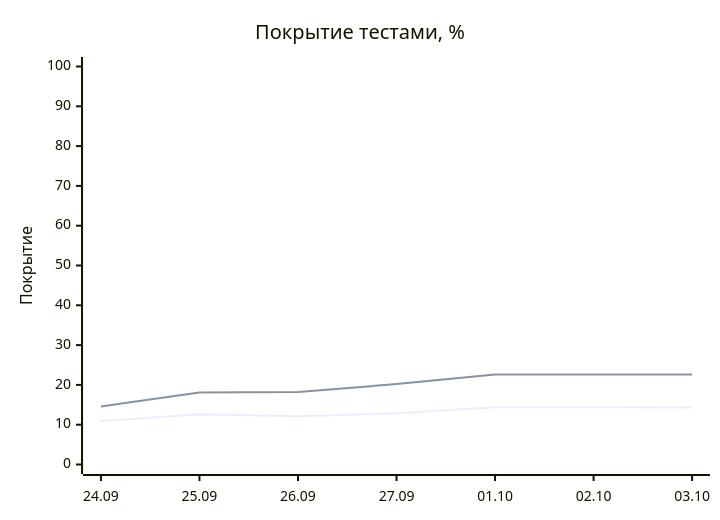
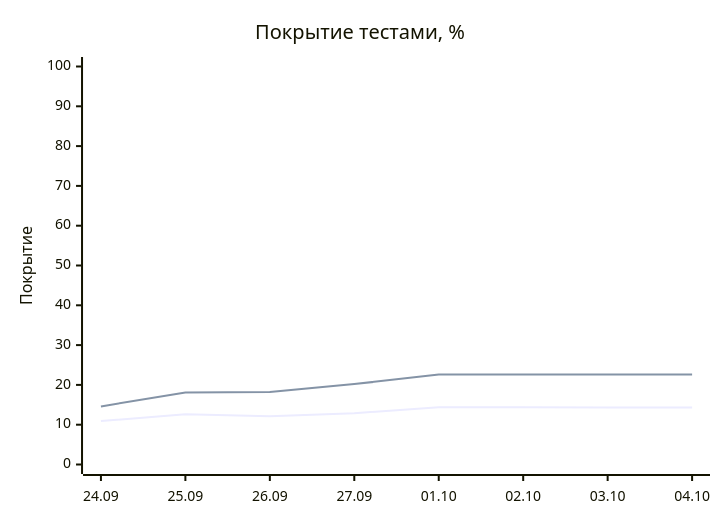
One commit to EvgeniBondarev/coverage-report changed the diagram in README.md. Above: the diagram before and after it, drawn with Mermaid. The commit also changed other lines of this file and 2780 other files, not shown here.

````diff
--- a/README.md
+++ b/README.md
@@ -19,8 +19,8 @@
 ```mermaid
 xychart-beta
     title "Покрытие тестами, %"
-    x-axis ["24.09", "25.09", "26.09", "27.09", "01.10", "02.10", "03.10"]
+    x-axis ["24.09", "25.09", "26.09", "27.09", "01.10", "02.10", "03.10", "04.10"]
     y-axis "Покрытие" 0 --> 100
-    line [10.9, 12.6, 12.1, 12.9, 14.4, 14.4, 14.3]
-    line [14.6, 18.1, 18.2, 20.2, 22.6, 22.6, 22.6]
+    line [10.9, 12.6, 12.1, 12.9, 14.4, 14.4, 14.3, 14.3]
+    line [14.6, 18.1, 18.2, 20.2, 22.6, 22.6, 22.6, 22.6]
 ```
````
